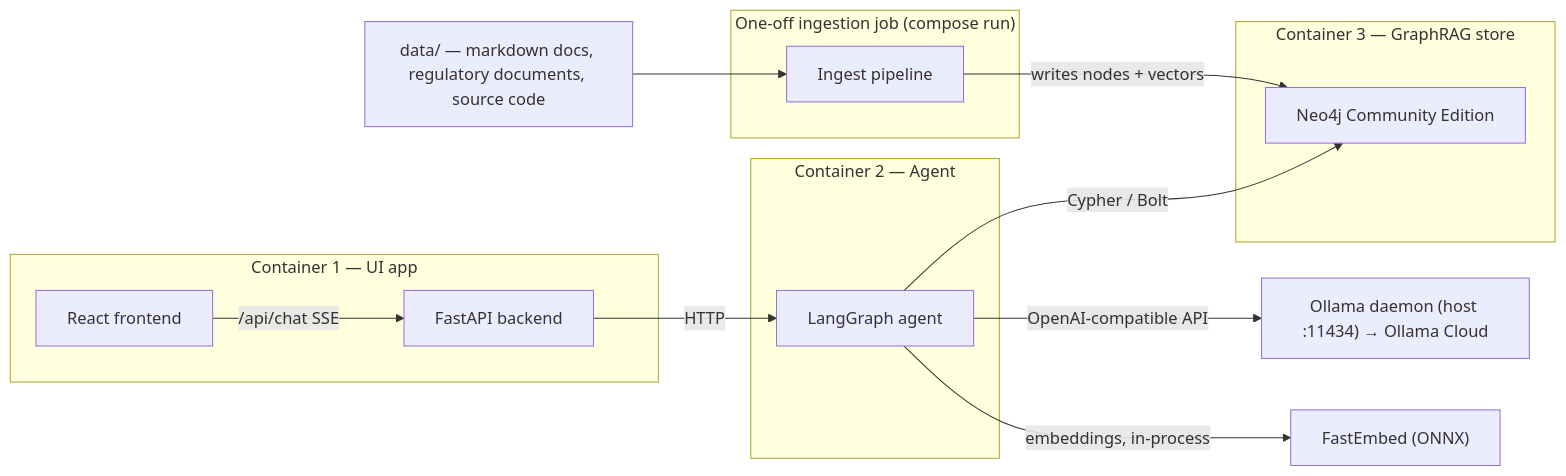
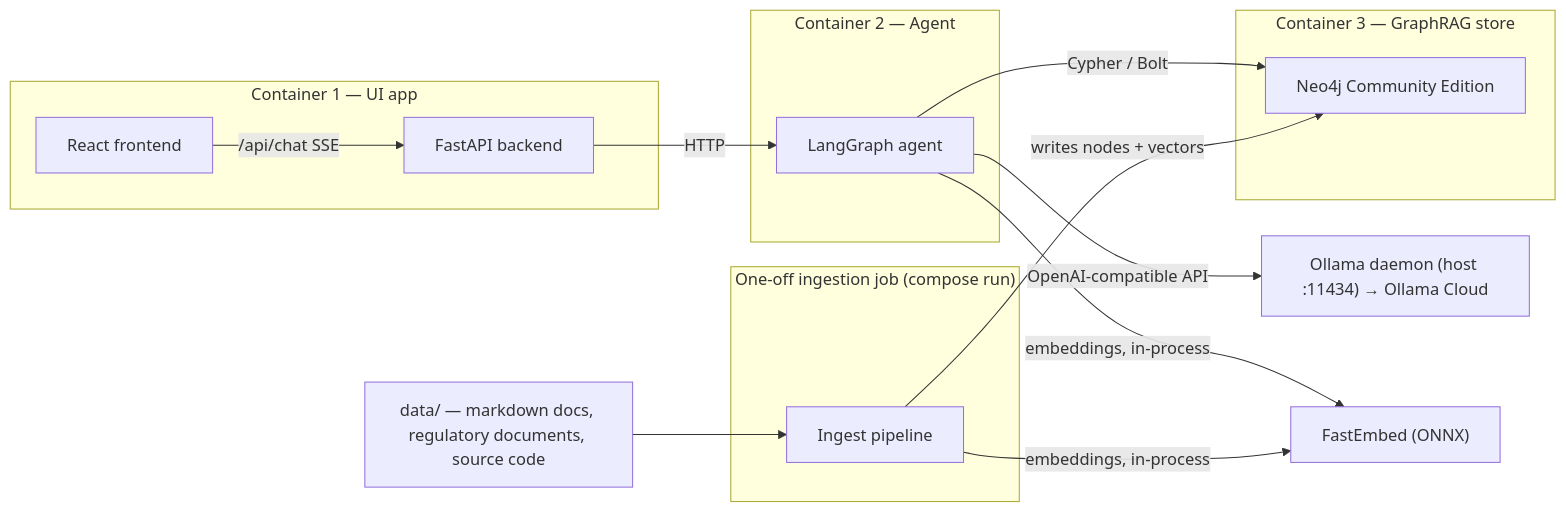
The diagram in README.md (tomconn/graphrag), drawn with Mermaid before and after one commit. The commit also changed other lines of this file, not shown here.

````diff
--- a/README.md
+++ b/README.md
@@ -37,29 +37,30 @@
 ```mermaid
 flowchart LR
     subgraph ui["Container 1 — UI app"]
         REACT["React frontend"]
         FASTAPI["FastAPI backend"]
     end
 
     subgraph agent["Container 2 — Agent"]
         LG["LangGraph agent"]
     end
 
     subgraph neo4j["Container 3 — GraphRAG store"]
         N4J["Neo4j Community Edition"]
     end
 
     subgraph ingest["One-off ingestion job (compose run)"]
         ING["Ingest pipeline"]
     end
 
     CORPUS["data/ — markdown docs, regulatory documents, source code"]
 
     REACT -->|/api/chat SSE| FASTAPI
     FASTAPI -->|HTTP| LG
     LG -->|Cypher / Bolt| N4J
     LG -->|OpenAI-compatible API| OLLAMA["Ollama daemon (host :11434) → Ollama Cloud"]
     LG -->|embeddings, in-process| EMB["FastEmbed (ONNX)"]
     ING -->|writes nodes + vectors| N4J
+    ING -->|embeddings, in-process| EMB
     CORPUS --> ING
 ```
````
